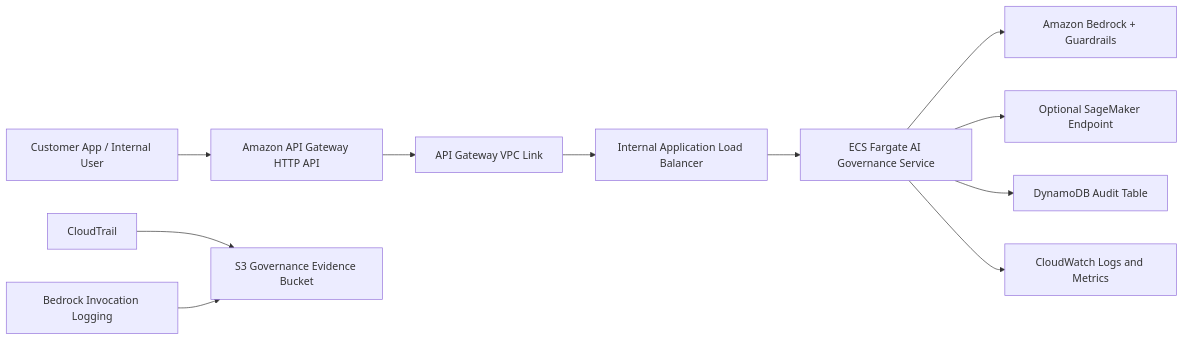
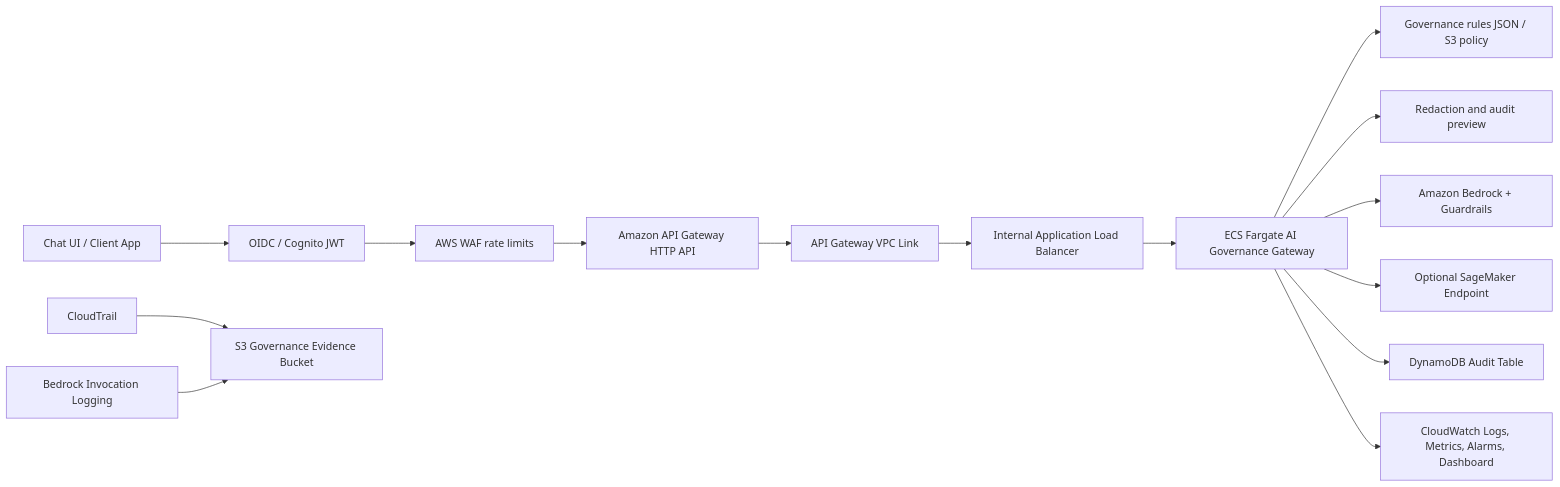
The diagram in 03-aws-enterprise-ai-governance-ecs/README.md (bharisagar/cloud-devops-projects), drawn with Mermaid before and after one commit. The commit also changed other lines of this file and 20 other files, not shown here.

````diff
--- a/03-aws-enterprise-ai-governance-ecs/README.md
+++ b/03-aws-enterprise-ai-governance-ecs/README.md
@@ -36,13 +37,17 @@
 ```mermaid
 flowchart LR
-  user["Customer App / Internal User"] --> api["Amazon API Gateway HTTP API"]
+  user["Chat UI / Client App"] --> identity["OIDC / Cognito JWT"]
+  identity --> waf["AWS WAF rate limits"]
+  waf --> api["Amazon API Gateway HTTP API"]
   api --> vpclink["API Gateway VPC Link"]
   vpclink --> alb["Internal Application Load Balancer"]
-  alb --> ecs["ECS Fargate AI Governance Service"]
+  alb --> ecs["ECS Fargate AI Governance Gateway"]
+  ecs --> rules["Governance rules JSON / S3 policy"]
+  ecs --> redact["Redaction and audit preview"]
   ecs --> bedrock["Amazon Bedrock + Guardrails"]
   ecs --> sm["Optional SageMaker Endpoint"]
   ecs --> ddb["DynamoDB Audit Table"]
-  ecs --> logs["CloudWatch Logs and Metrics"]
+  ecs --> logs["CloudWatch Logs, Metrics, Alarms, Dashboard"]
   cloudtrail["CloudTrail"] --> s3["S3 Governance Evidence Bucket"]
   bedrocklogs["Bedrock Invocation Logging"] --> s3
 ```
````
